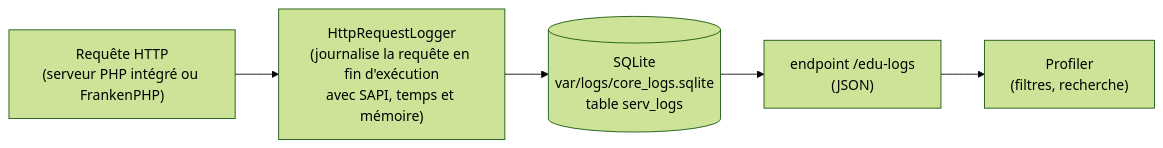
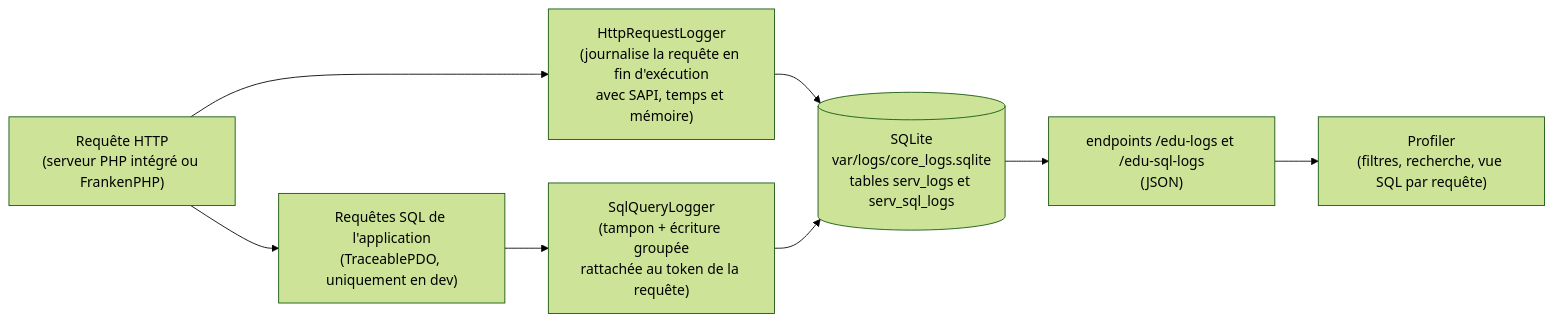
The diagram in docs/boost/debug-bar.md (studoo-app/edu-framework), drawn with Mermaid (forest theme) before and after one commit. The commit also changed other lines of this file and 19 other files, not shown here.

First line of the commit message:
feat(logging): Implement SQL query logging and profiling

````diff
--- a/docs/boost/debug-bar.md
+++ b/docs/boost/debug-bar.md
@@ -174,7 +235,10 @@
 ```mermaid
 flowchart LR
     S["Requête HTTP<br/>(serveur PHP intégré ou FrankenPHP)"] --> HR["HttpRequestLogger<br/>(journalise la requête en fin d'exécution<br/>avec SAPI, temps et mémoire)"]
-    HR --> DB[("SQLite<br/>var/logs/core_logs.sqlite<br/>table serv_logs")]
-    DB --> API["endpoint /edu-logs<br/>(JSON)"]
-    API --> P["Profiler<br/>(filtres, recherche)"]
+    S --> SQL["Requêtes SQL de l'application<br/>(TraceablePDO, uniquement en dev)"]
+    SQL --> SQLG["SqlQueryLogger<br/>(tampon + écriture groupée<br/>rattachée au token de la requête)"]
+    HR --> DB[("SQLite<br/>var/logs/core_logs.sqlite<br/>tables serv_logs et serv_sql_logs")]
+    SQLG --> DB
+    DB --> API["endpoints /edu-logs et /edu-sql-logs<br/>(JSON)"]
+    API --> P["Profiler<br/>(filtres, recherche, vue SQL par requête)"]
 ```
````
